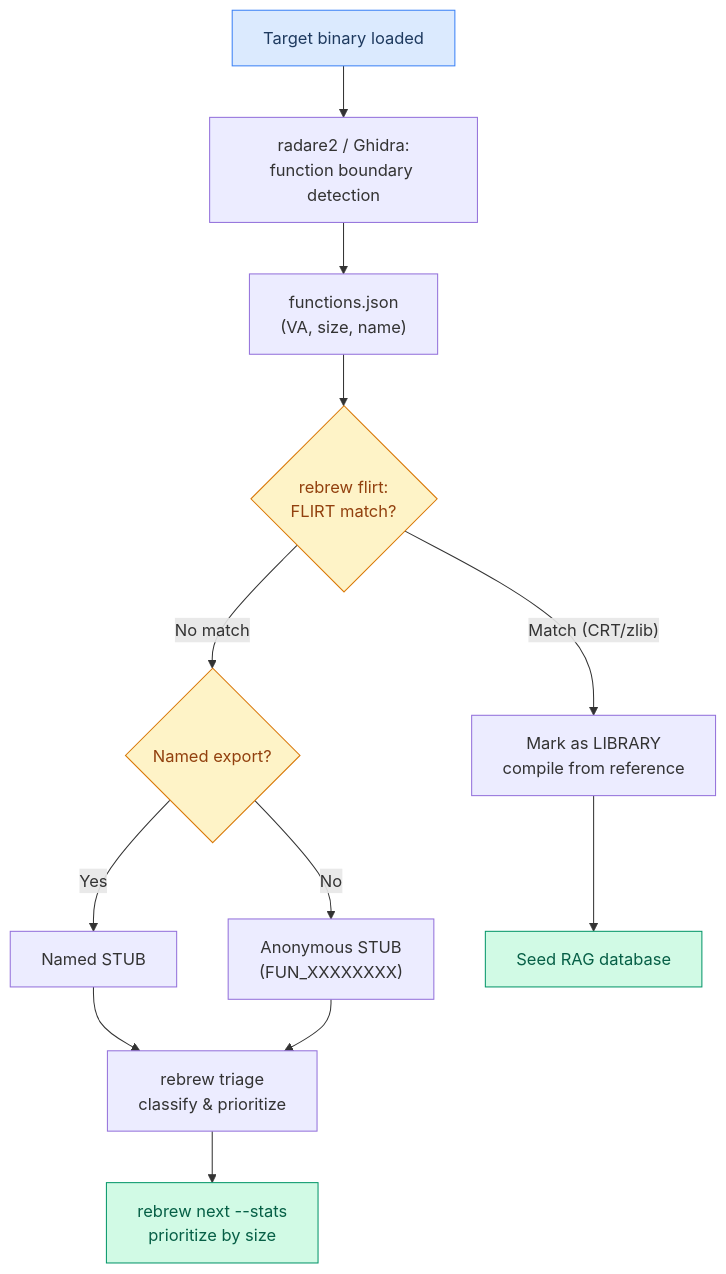
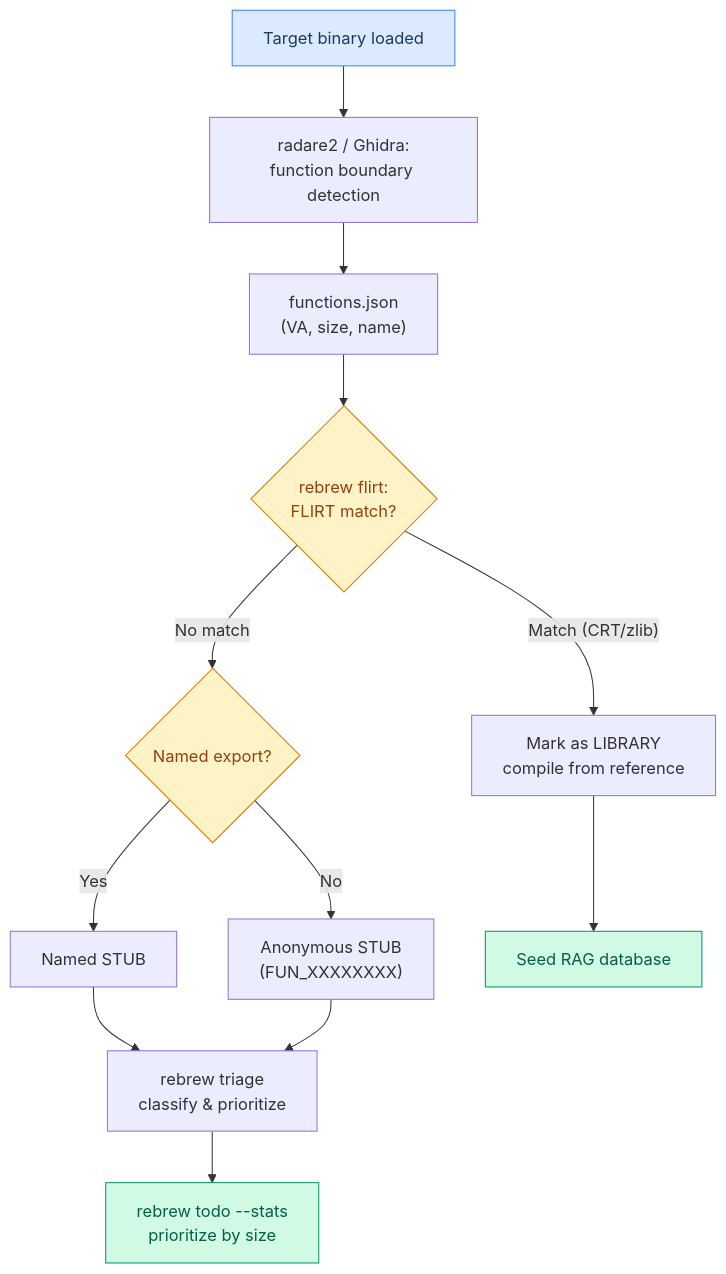
One commit to maci0/rebrew changed the third of 16 diagrams in docs/USER_STORIES.md. Above: the diagram before and after it, drawn with Mermaid. The commit also changed other lines of this file and 3 other files, not shown here.

First line of the commit message:
docs: replace ghost commands rebrew next/promote with current equivalents (A3)

````diff
--- a/docs/USER_STORIES.md
+++ b/docs/USER_STORIES.md
@@ -82,20 +82,20 @@
 ```mermaid
 graph TD
     A["Target binary loaded"] --> B["radare2 / Ghidra:<br/>function boundary detection"]
     B --> C["functions.json<br/>(VA, size, name)"]
     C --> D{"rebrew flirt:<br/>FLIRT match?"}
     D -->|"Match (CRT/zlib)"| E["Mark as LIBRARY<br/>compile from reference"]
     D -->|"No match"| F{"Named export?"}
     F -->|Yes| G["Named STUB"]
     F -->|No| H["Anonymous STUB<br/>(FUN_XXXXXXXX)"]
     E --> I["Seed RAG database"]
     G --> T["rebrew triage<br/>classify & prioritize"]
     H --> T
-    T --> J["rebrew next --stats<br/>prioritize by size"]
+    T --> J["rebrew todo --stats<br/>prioritize by size"]
 
     style A fill:#dbeafe,stroke:#3b82f6,color:#1e3a5f
     style I fill:#d1fae5,stroke:#059669,color:#065f46
     style J fill:#d1fae5,stroke:#059669,color:#065f46
     style D fill:#fef3c7,stroke:#d97706,color:#92400e
     style F fill:#fef3c7,stroke:#d97706,color:#92400e
 ```
````
